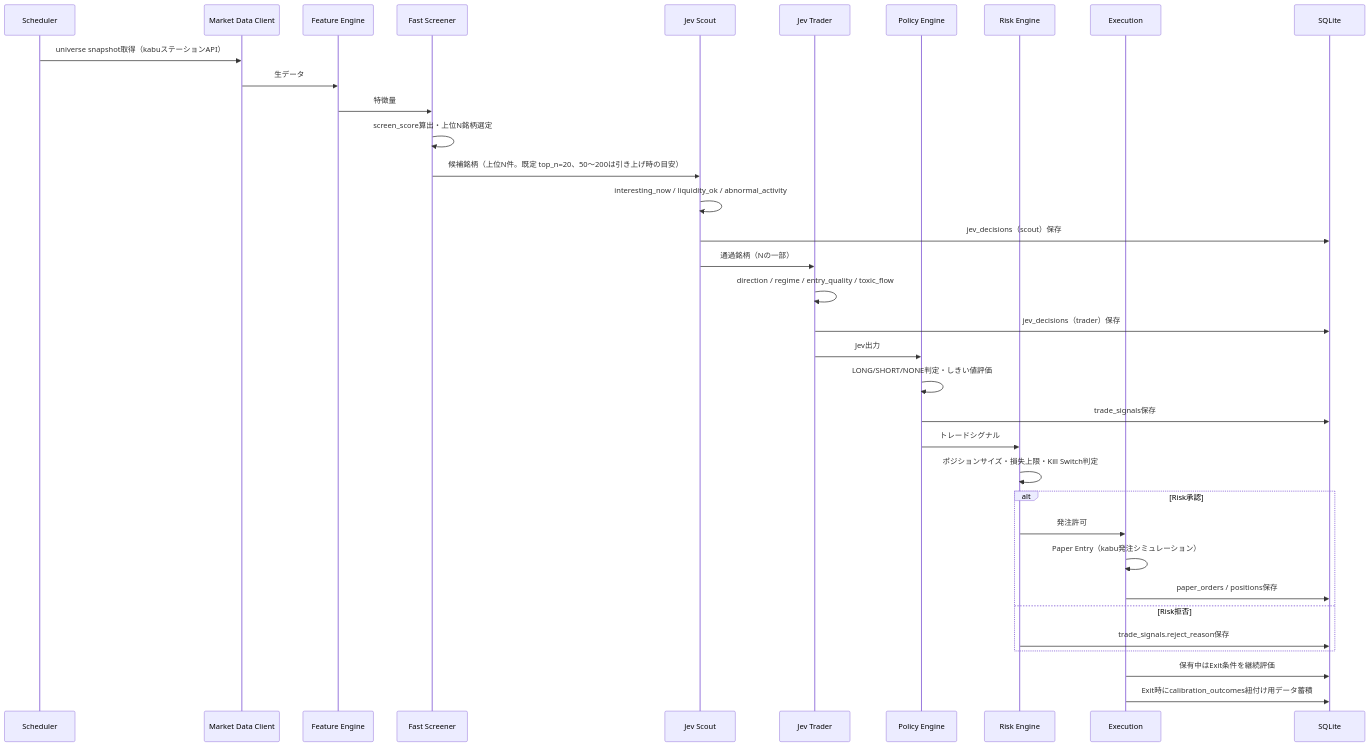
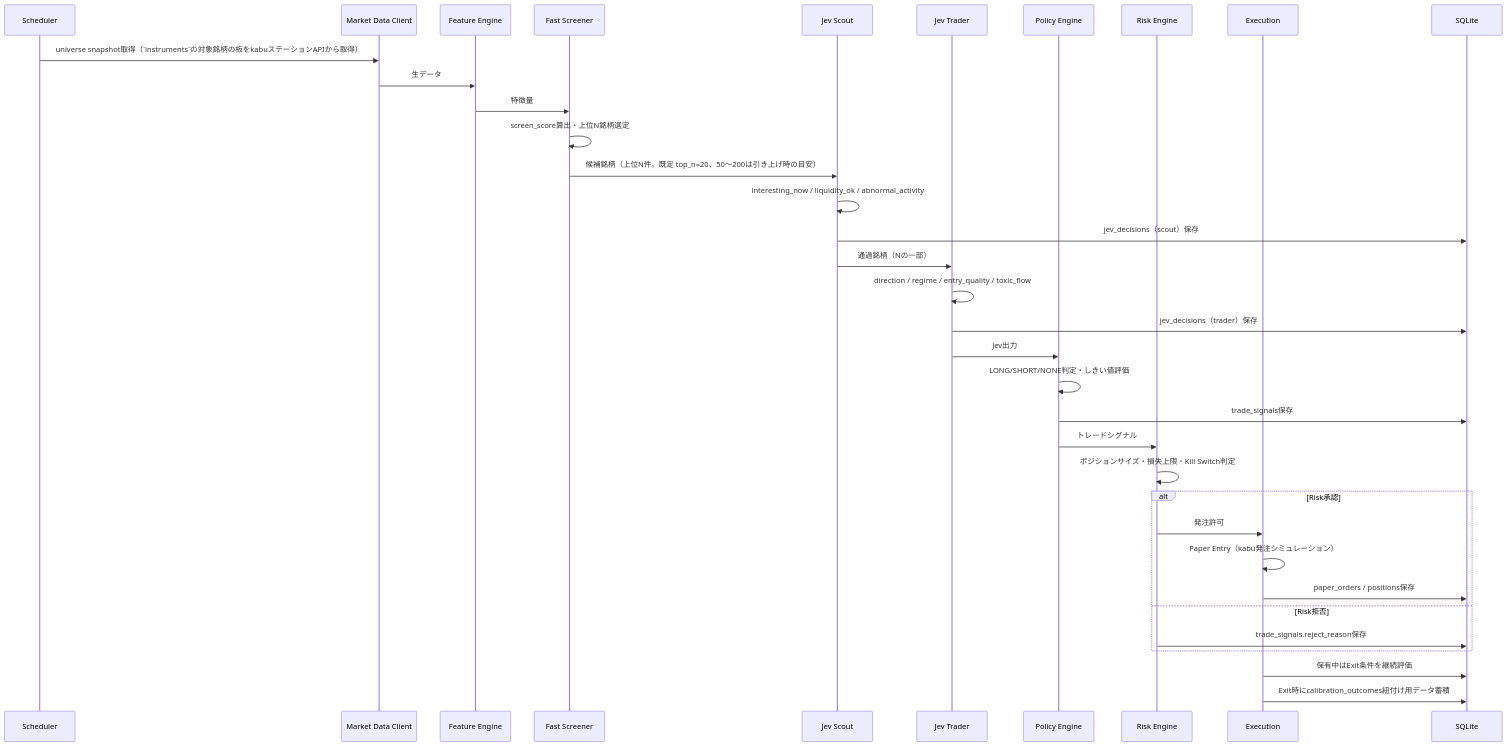
The second of 3 diagrams in docs/requirements/functional.md (ousiassllc/pitha-trador), drawn with Mermaid before and after one commit. The commit also changed other lines of this file and 16 other files, not shown here.

````diff
--- a/docs/requirements/functional.md
+++ b/docs/requirements/functional.md
@@ -49,38 +49,38 @@
 ```mermaid
 sequenceDiagram
     participant SCH as Scheduler
     participant MD as Market Data Client
     participant FE as Feature Engine
     participant FS as Fast Screener
     participant JS as Jev Scout
     participant JT as Jev Trader
     participant PE as Policy Engine
     participant RE as Risk Engine
     participant EX as Execution
     participant DB as SQLite
 
-    SCH->>MD: universe snapshot取得（kabuステーションAPI）
+    SCH->>MD: universe snapshot取得（`instruments`の対象銘柄の板をkabuステーションAPIから取得）
     MD->>FE: 生データ
     FE->>FS: 特徴量
     FS->>FS: screen_score算出・上位N銘柄選定
     FS->>JS: 候補銘柄（上位N件。既定 top_n=20、50〜200は引き上げ時の目安）
     JS->>JS: interesting_now / liquidity_ok / abnormal_activity
     JS->>DB: jev_decisions（scout）保存
     JS->>JT: 通過銘柄（Nの一部）
     JT->>JT: direction / regime / entry_quality / toxic_flow
     JT->>DB: jev_decisions（trader）保存
     JT->>PE: Jev出力
     PE->>PE: LONG/SHORT/NONE判定・しきい値評価
     PE->>DB: trade_signals保存
     PE->>RE: トレードシグナル
     RE->>RE: ポジションサイズ・損失上限・Kill Switch判定
     alt Risk承認
         RE->>EX: 発注許可
         EX->>EX: Paper Entry（kabu発注シミュレーション）
         EX->>DB: paper_orders / positions保存
     else Risk拒否
         RE->>DB: trade_signals.reject_reason保存
     end
     EX->>DB: 保有中はExit条件を継続評価
     EX->>DB: Exit時にcalibration_outcomes紐付け用データ蓄積
 ```
````
